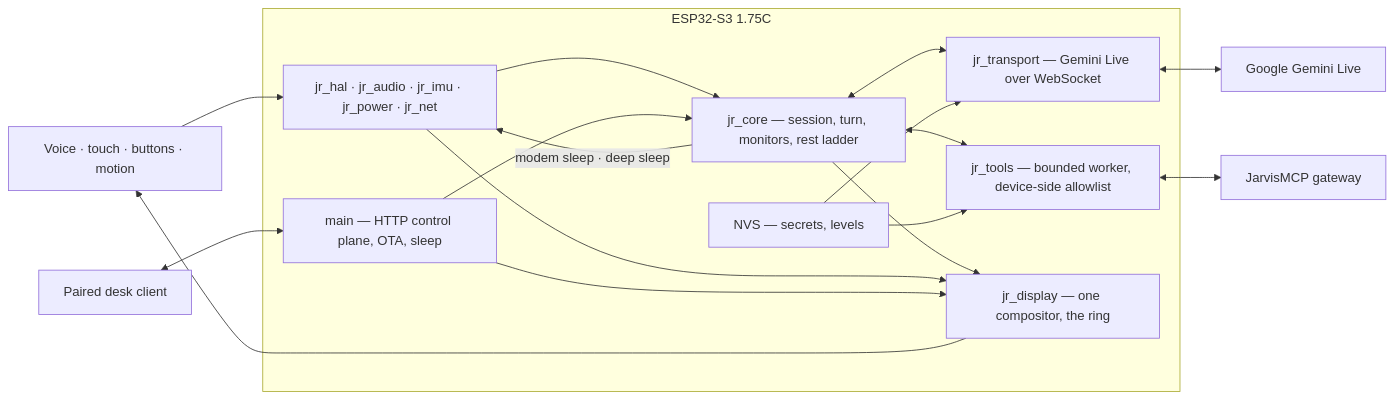
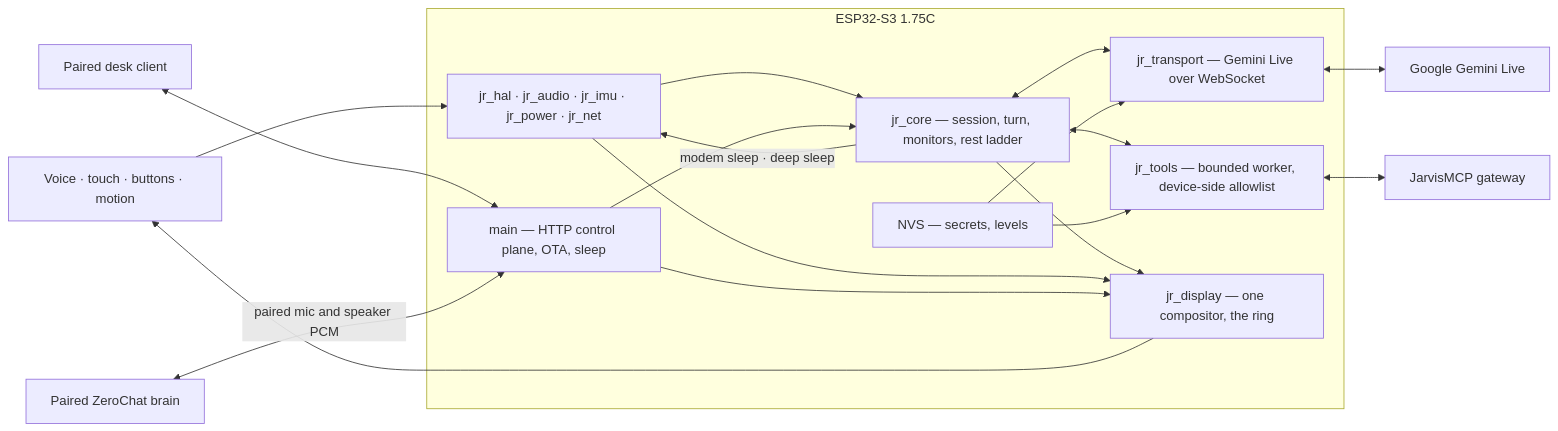
The diagram in README.md (PascalAI2024/JarvisNano), drawn with Mermaid before and after one commit. The commit also changed other lines of this file and 9 other files, not shown here.

First line of the commit message:
feat: ZeroChat companion protocol (audio in/out, lease auth, pairing)

````diff
--- a/README.md
+++ b/README.md
@@ -111,30 +117,32 @@
 ```mermaid
 flowchart LR
     Human[Voice · touch · buttons · motion]
 
     subgraph Device[ESP32-S3 1.75C]
         HAL[jr_hal · jr_audio · jr_imu · jr_power · jr_net]
         Core[jr_core — session, turn, monitors, rest ladder]
         Voice[jr_transport — Gemini Live over WebSocket]
         Tools[jr_tools — bounded worker, device-side allowlist]
         Glass[jr_display — one compositor, the ring]
         HTTP[main — HTTP control plane, OTA, sleep]
         NVS[NVS — secrets, levels]
     end
 
     Gemini[Google Gemini Live]
     MCP[JarvisMCP gateway]
     Operator[Paired desk client]
+    ZeroChat[Paired ZeroChat brain]
 
     Human --> HAL --> Core
     Core <--> Voice <--> Gemini
     Core <--> Tools <--> MCP
     Core --> Glass --> Human
     HAL --> Glass
     Core -->|modem sleep · deep sleep| HAL
     NVS --> Voice
     NVS --> Tools
     Operator <--> HTTP
+    ZeroChat <-->|paired mic and speaker PCM| HTTP
     HTTP --> Core
     HTTP --> Glass
 ```
````
